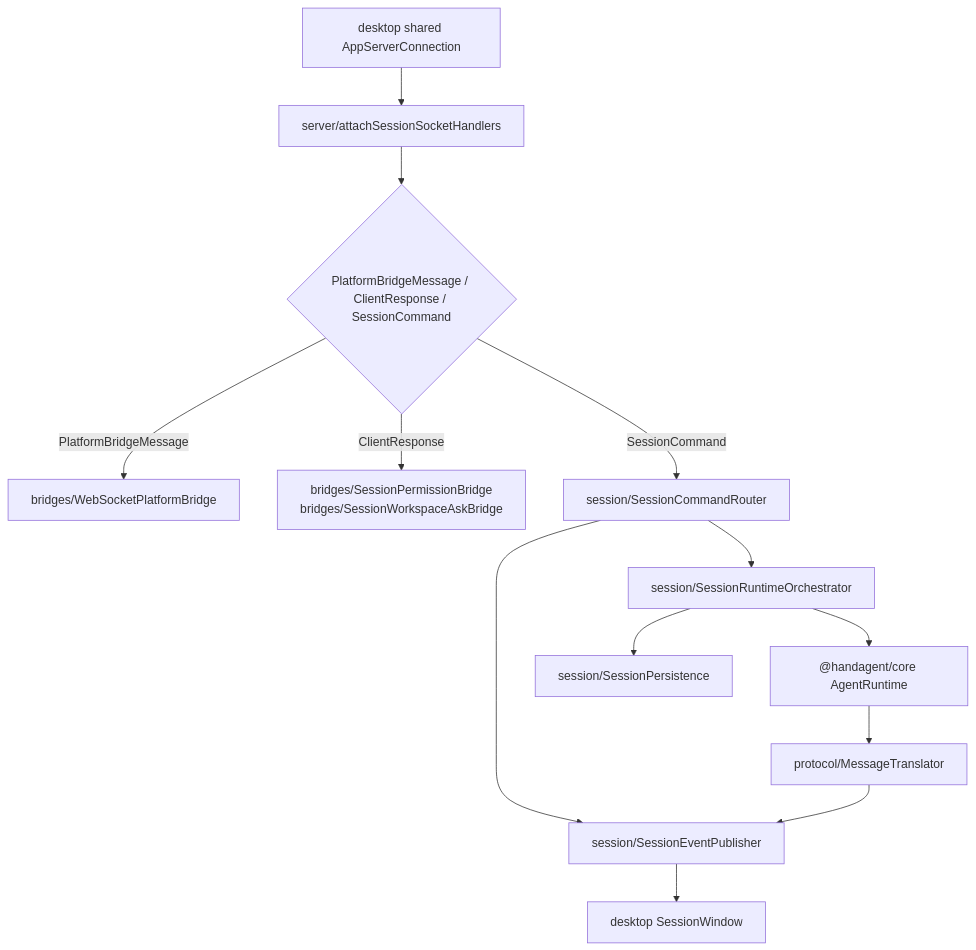
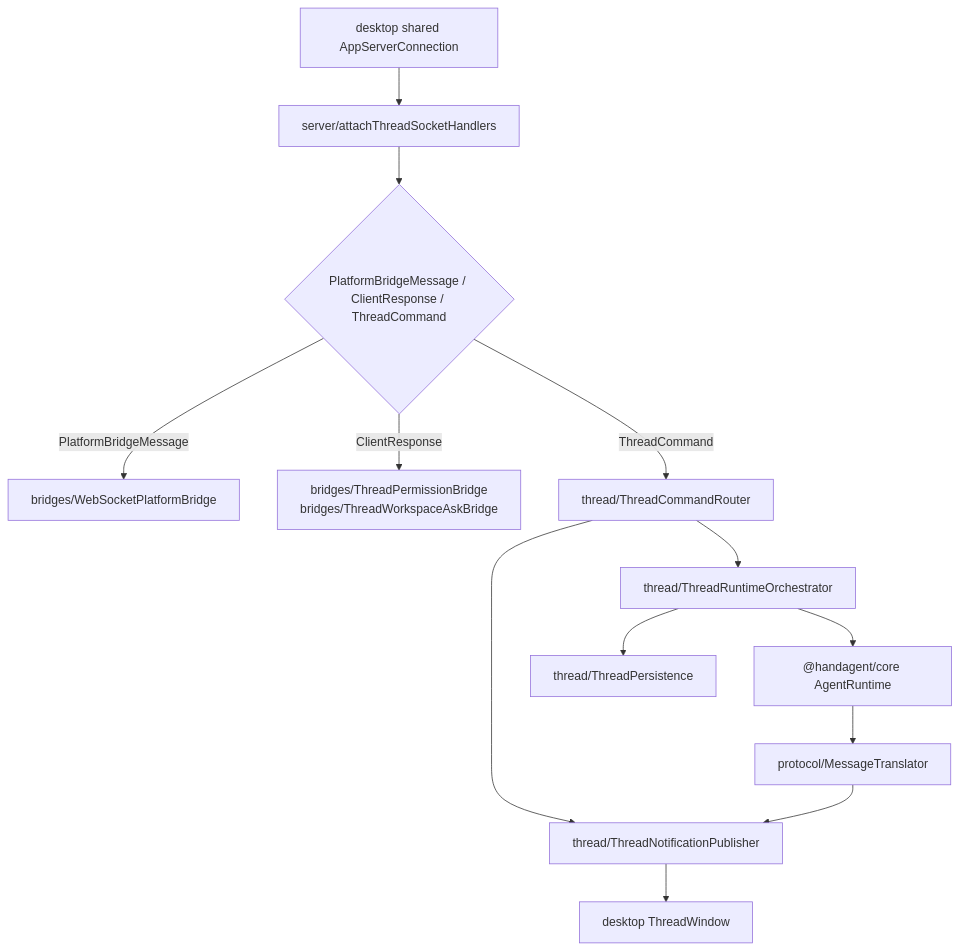
One commit to Lixuhang987/SpotAgent changed the second of 2 diagrams in apps/agent-server/agent-server.md. Above: the diagram before and after it, drawn with Mermaid. The commit also changed other lines of this file and 132 other files, not shown here.

Commit message:
refactor: unify desktop app server around thread protocol

````diff
--- a/apps/agent-server/agent-server.md
+++ b/apps/agent-server/agent-server.md
@@ -44,15 +44,15 @@
 ```mermaid
 flowchart TD
-  A["desktop shared AppServerConnection"] --> B["server/attachSessionSocketHandlers"]
-  B --> C{"PlatformBridgeMessage / ClientResponse / SessionCommand"}
+  A["desktop shared AppServerConnection"] --> B["server/attachThreadSocketHandlers"]
+  B --> C{"PlatformBridgeMessage / ClientResponse / ThreadCommand"}
   C -- "PlatformBridgeMessage" --> D["bridges/WebSocketPlatformBridge"]
-  C -- "ClientResponse" --> E["bridges/SessionPermissionBridge<br/>bridges/SessionWorkspaceAskBridge"]
-  C -- "SessionCommand" --> F["session/SessionCommandRouter"]
-  F --> G["session/SessionRuntimeOrchestrator"]
-  F --> H["session/SessionEventPublisher"]
+  C -- "ClientResponse" --> E["bridges/ThreadPermissionBridge<br/>bridges/ThreadWorkspaceAskBridge"]
+  C -- "ThreadCommand" --> F["thread/ThreadCommandRouter"]
+  F --> G["thread/ThreadRuntimeOrchestrator"]
+  F --> H["thread/ThreadNotificationPublisher"]
   G --> I["@handagent/core AgentRuntime"]
   I --> J["protocol/MessageTranslator"]
   J --> H
-  H --> K["desktop SessionWindow"]
-  G --> L["session/SessionPersistence"]
+  H --> K["desktop ThreadWindow"]
+  G --> L["thread/ThreadPersistence"]
 ```
````
